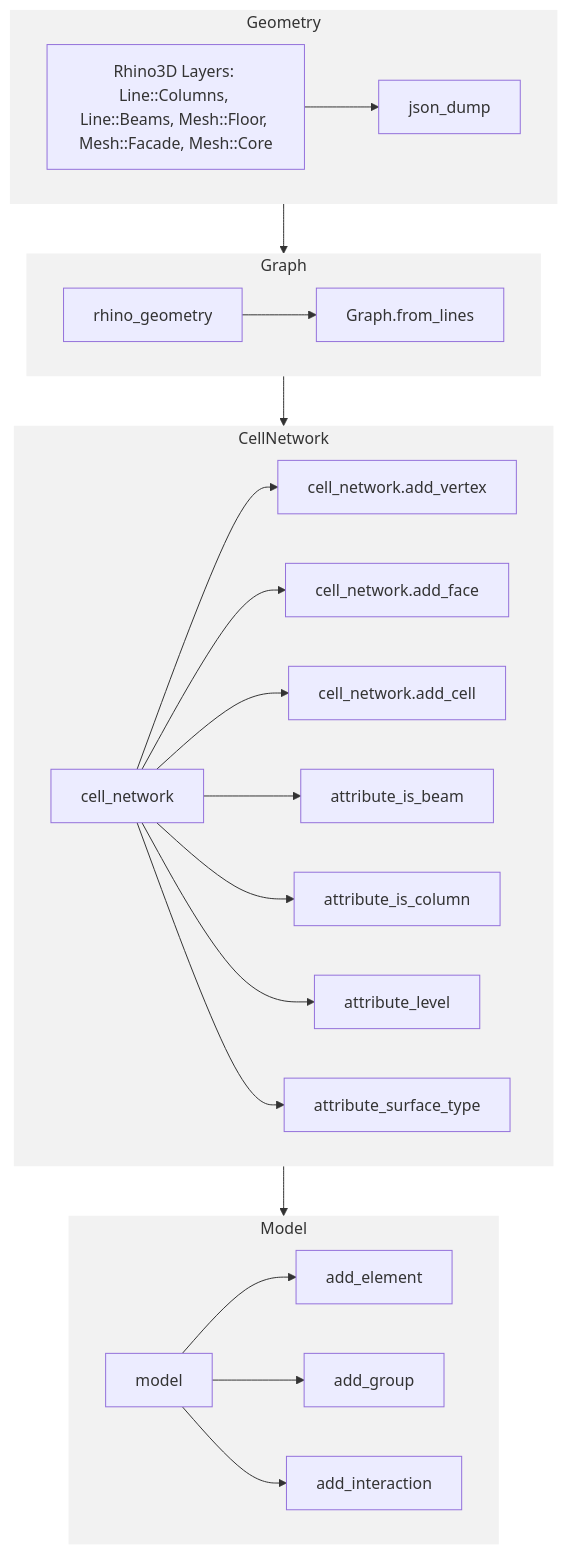
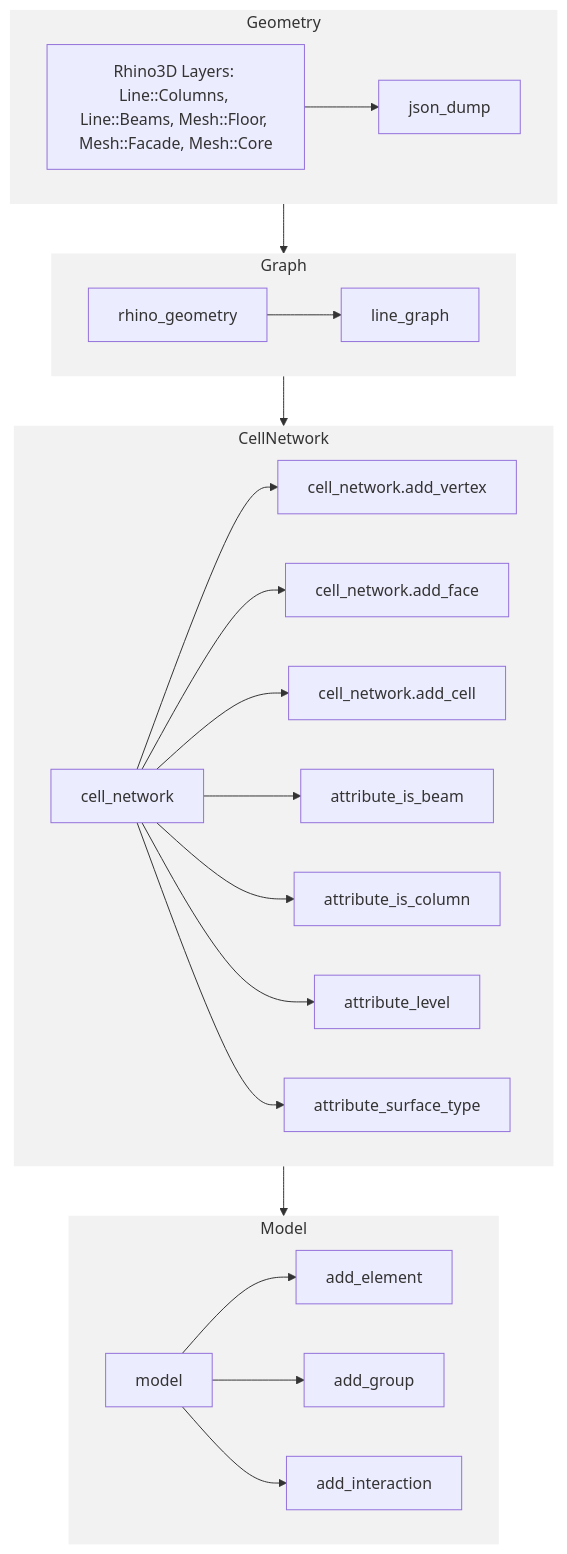
The diagram in README.md (BRG-research/compas_grid), drawn with Mermaid before and after one commit.

````diff
--- a/README.md
+++ b/README.md
@@ -7,39 +7,39 @@
 ```mermaid
 flowchart TB
   %% Define custom classes https://mermaid.live
   classDef defaultStyle fill:000,stroke:#333,stroke-width:2px;
   classDef subgraphStyle fill:#f2f2f2,stroke:#333,stroke-width:0px;
 
   subgraph Geometry
       Selection[Rhino3D Layers: Line::Columns, Line::Beams, Mesh::Floor, Mesh::Facade, Mesh::Core] --> json_dump;
   end
 
   subgraph Graph
-      rhino_geometry --> Graph.from_lines;
+      rhino_geometry --> line_graph;
   end
   
   subgraph CellNetwork
       cell_network --> cell_network.add_vertex;
       cell_network --> cell_network.add_face;
       cell_network --> cell_network.add_cell;
       cell_network --> attribute_is_beam;
       cell_network --> attribute_is_column;
       cell_network --> attribute_level;
       cell_network --> attribute_surface_type;
   end
 
   subgraph Model
       model --> add_element;
       model --> add_group;
       model --> add_interaction;
   end
   
   %% Define relationships
   Geometry --> Graph;
   Graph --> CellNetwork;
   CellNetwork --> Model;
   
   %% Apply subgraph-specific styles if needed
   class Geometry,Graph,CellNetwork,Model subgraphStyle;
 
 ```
````
